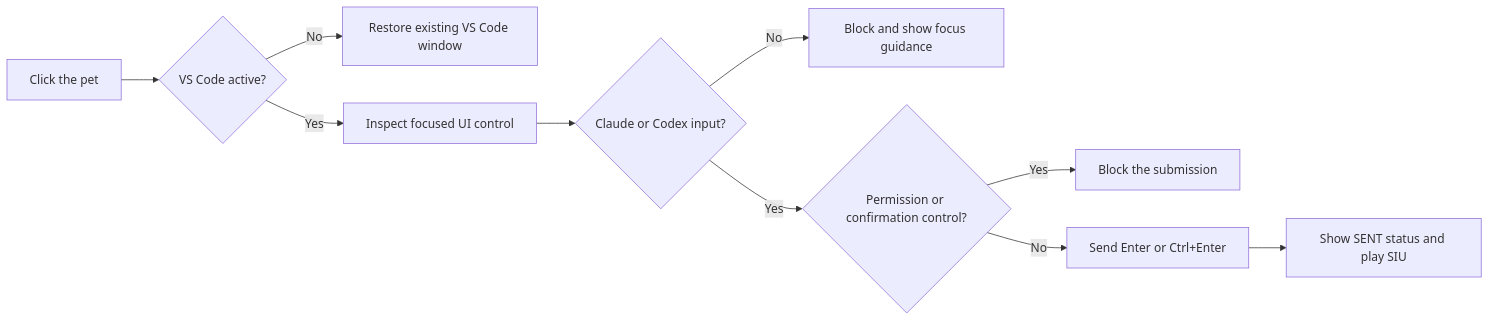
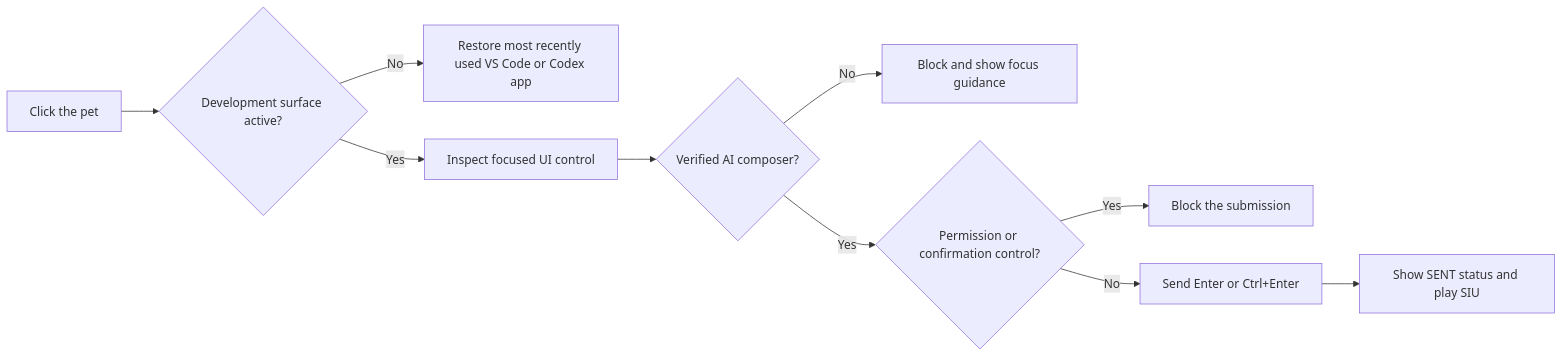
Before and after one commit to ShayChen817/vscode-pet: the diagram in README.md, drawn with Mermaid. The commit also changed other lines of this file and 4 other files, not shown here.

Commit message:
Link pet to Codex desktop app

````diff
--- a/README.md
+++ b/README.md
@@ -58,12 +63,12 @@
 ```mermaid
 flowchart LR
-    A["Click the pet"] --> B{"VS Code active?"}
-    B -- No --> C["Restore existing VS Code window"]
+    A["Click the pet"] --> B{"Development surface active?"}
+    B -- No --> C["Restore most recently used VS Code or Codex app"]
     B -- Yes --> D["Inspect focused UI control"]
-    D --> E{"Claude or Codex input?"}
+    D --> E{"Verified AI composer?"}
     E -- No --> F["Block and show focus guidance"]
     E -- Yes --> G{"Permission or confirmation control?"}
     G -- Yes --> H["Block the submission"]
     G -- No --> I["Send Enter or Ctrl+Enter"]
     I --> J["Show SENT status and play SIU"]
 ```
````
